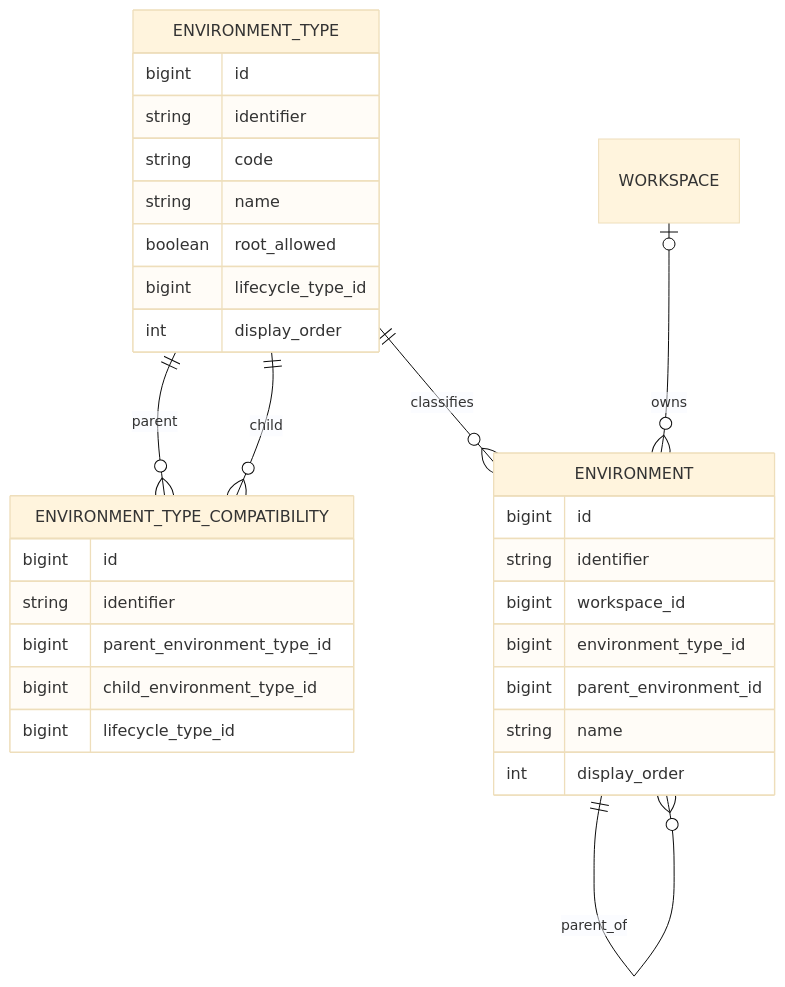
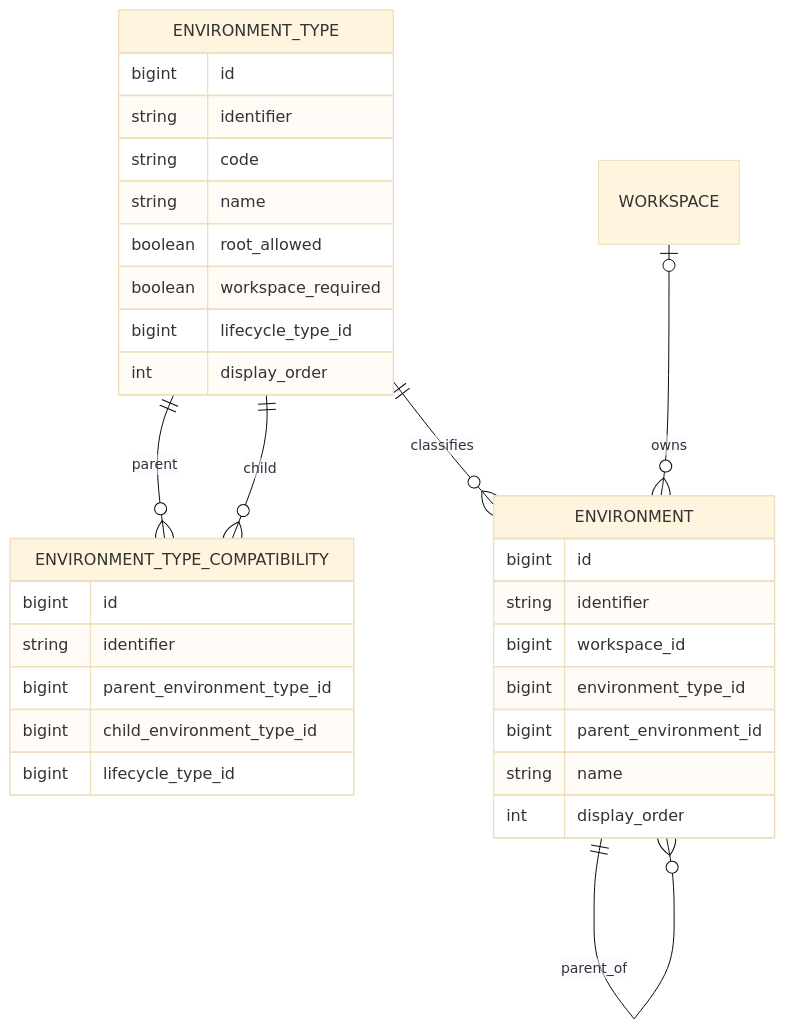
One commit to BrunoBS/guideline-java changed the diagram in docs/refinamento/11-environment/environment-hierarchy_V2.md. Above: the diagram before and after it, drawn with Mermaid (base theme). The commit also changed other lines of this file, not shown here.

Commit message:
docs: define workspace requirement on environment type

````diff
--- a/docs/refinamento/11-environment/environment-hierarchy_V2.md
+++ b/docs/refinamento/11-environment/environment-hierarchy_V2.md
@@ -311,34 +312,35 @@
 ```mermaid
 erDiagram
     ENVIRONMENT_TYPE ||--o{ ENVIRONMENT_TYPE_COMPATIBILITY : parent
     ENVIRONMENT_TYPE ||--o{ ENVIRONMENT_TYPE_COMPATIBILITY : child
     ENVIRONMENT_TYPE ||--o{ ENVIRONMENT : classifies
     ENVIRONMENT ||--o{ ENVIRONMENT : parent_of
     WORKSPACE |o--o{ ENVIRONMENT : owns
 
     ENVIRONMENT_TYPE {
         bigint id
         string identifier
         string code
         string name
         boolean root_allowed
+        boolean workspace_required
         bigint lifecycle_type_id
         int display_order
     }
     ENVIRONMENT_TYPE_COMPATIBILITY {
         bigint id
         string identifier
         bigint parent_environment_type_id
         bigint child_environment_type_id
         bigint lifecycle_type_id
     }
     ENVIRONMENT {
         bigint id
         string identifier
         bigint workspace_id
         bigint environment_type_id
         bigint parent_environment_id
         string name
         int display_order
     }
 ```
````
